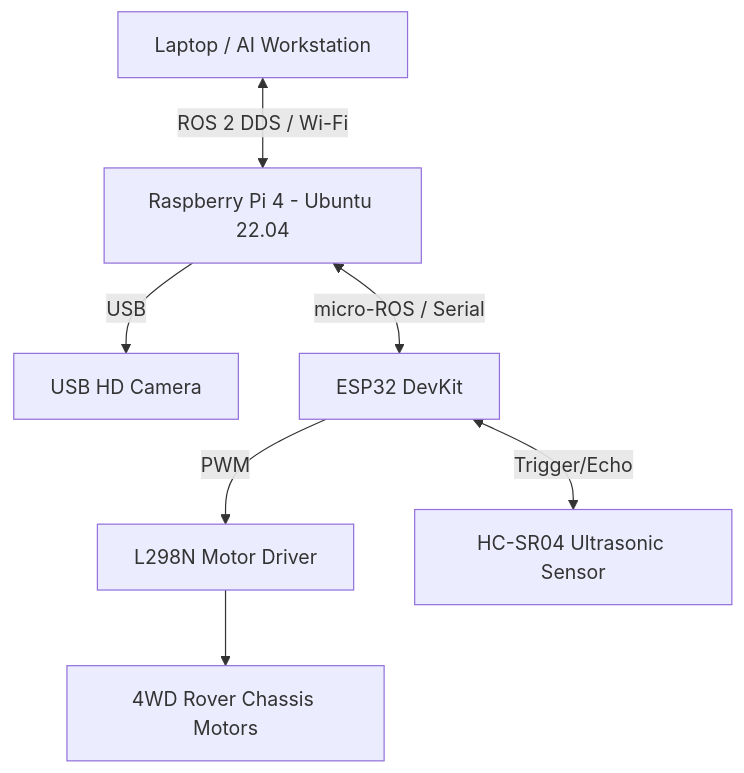
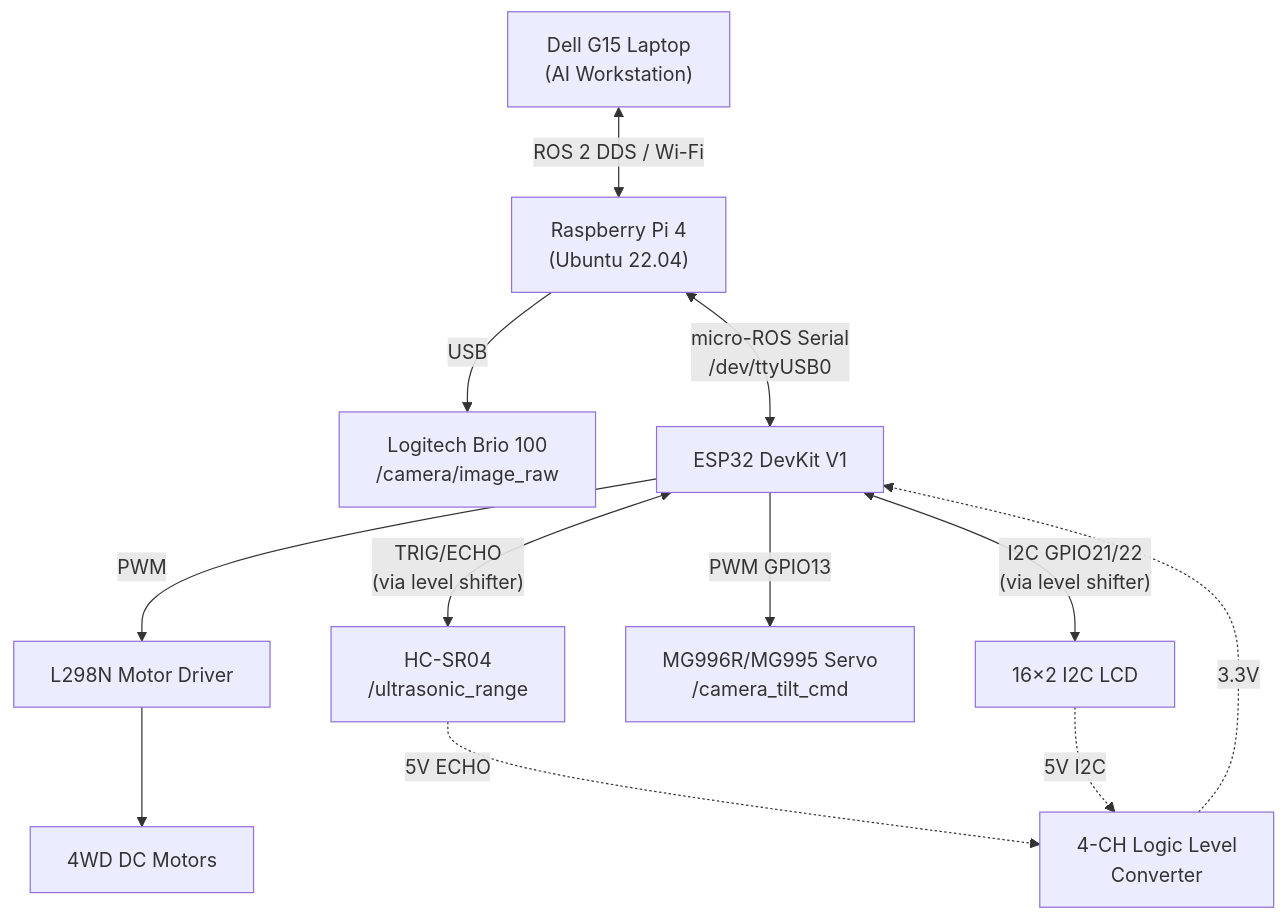
The diagram in README.md (RijinRajeevan/BuildScan-Rover-AI), drawn with Mermaid before and after one commit. The commit also changed other lines of this file, not shown here.

Commit message:
Update README with servo, LCD, wiring doc link, and fixed run commands

````diff
--- a/README.md
+++ b/README.md
@@ -15,9 +14,14 @@
 ```mermaid
 graph TD
-    Laptop[Laptop / AI Workstation] <-->|ROS 2 DDS / Wi-Fi| RPi[Raspberry Pi 4 - Ubuntu 22.04]
-    RPi -->|USB| Camera[USB HD Camera]
-    RPi <-->|micro-ROS / Serial| ESP32[ESP32 DevKit]
-    ESP32 -->|PWM| L298N[L298N Motor Driver]
-    L298N --> Motors[4WD Rover Chassis Motors]
-    ESP32 <-->|Trigger/Echo| HCSR04[HC-SR04 Ultrasonic Sensor]
+    Laptop["Dell G15 Laptop\n(AI Workstation)"] <-->|"ROS 2 DDS / Wi-Fi"| RPi["Raspberry Pi 4\n(Ubuntu 22.04)"]
+    RPi -->|"USB"| Camera["Logitech Brio 100\n/camera/image_raw"]
+    RPi <-->|"micro-ROS Serial\n/dev/ttyUSB0"| ESP32["ESP32 DevKit V1"]
+    ESP32 -->|"PWM"| L298N["L298N Motor Driver"]
+    L298N --> Motors["4WD DC Motors"]
+    ESP32 <-->|"TRIG/ECHO\n(via level shifter)"| HCSR04["HC-SR04\n/ultrasonic_range"]
+    ESP32 -->|"PWM GPIO13"| Servo["MG996R/MG995 Servo\n/camera_tilt_cmd"]
+    ESP32 <-->|"I2C GPIO21/22\n(via level shifter)"| LCD["16×2 I2C LCD"]
+    HCSR04 -.->|"5V ECHO"| LevelShifter["4-CH Logic Level\nConverter"]
+    LCD -.->|"5V I2C"| LevelShifter
+    LevelShifter -.->|"3.3V"| ESP32
 ```
````
